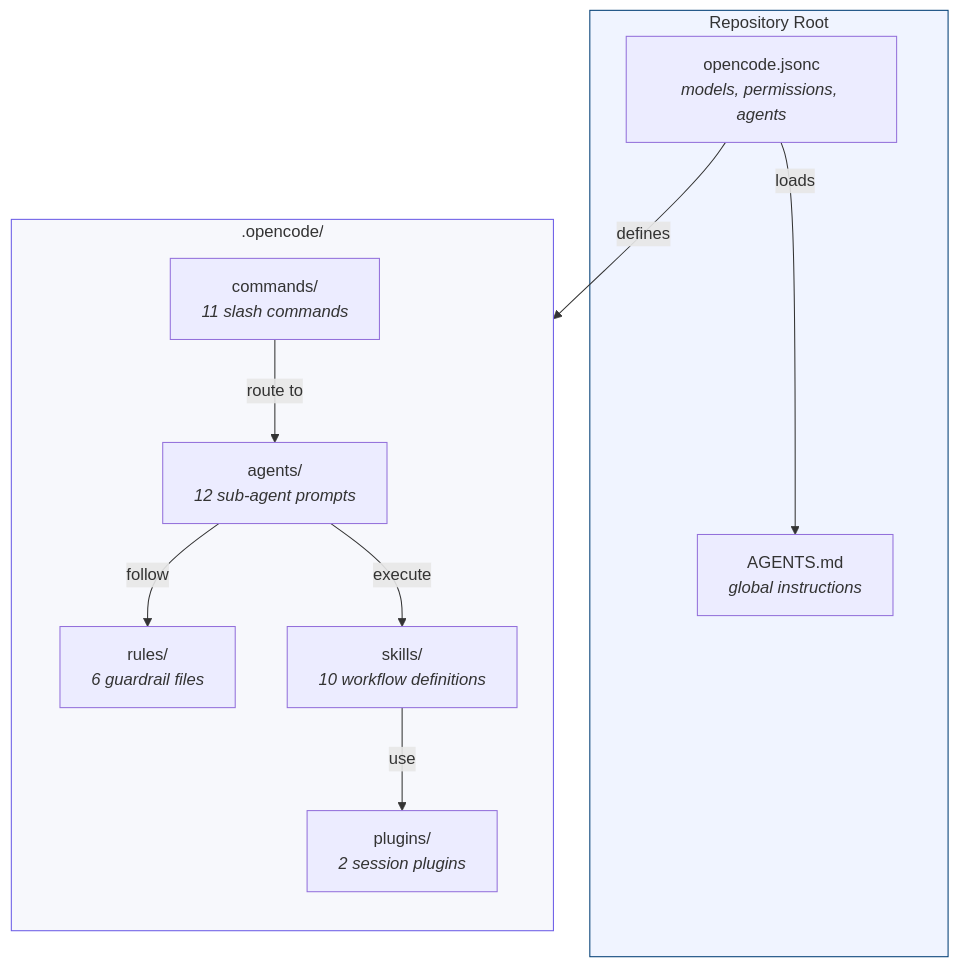
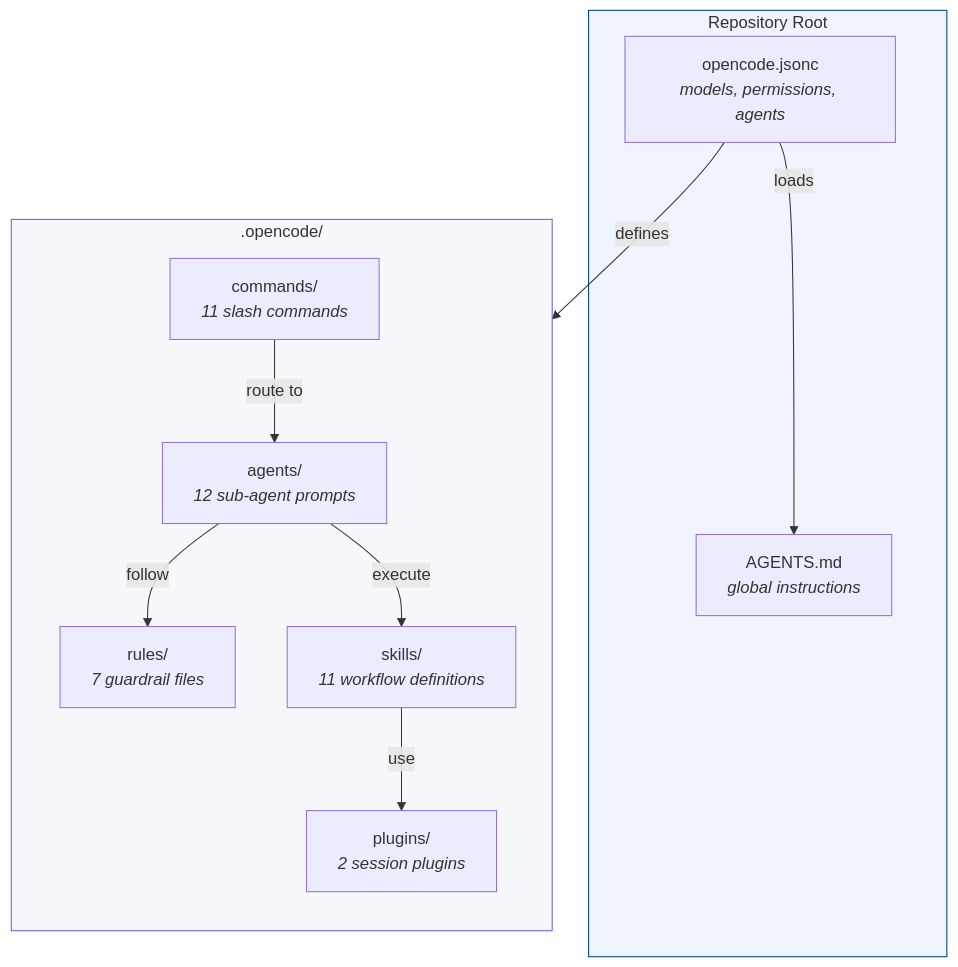
One commit to mock-server/mockserver changed the first of 7 diagrams in docs/operations/opencode-configuration.md. Above: the diagram before and after it, drawn with Mermaid. The commit also changed other lines of this file and 17 other files, not shown here.

````diff
--- a/docs/operations/opencode-configuration.md
+++ b/docs/operations/opencode-configuration.md
@@ -11,26 +11,26 @@
 ```mermaid
 flowchart TB
     subgraph Root["Repository Root"]
         CONFIG["opencode.jsonc<br/><i>models, permissions, agents</i>"]
         AGENTS_MD["AGENTS.md<br/><i>global instructions</i>"]
     end
 
     subgraph Harness[".opencode/"]
         direction TB
         AG["agents/<br/><i>12 sub-agent prompts</i>"]
-        RU["rules/<br/><i>6 guardrail files</i>"]
-        SK["skills/<br/><i>10 workflow definitions</i>"]
+        RU["rules/<br/><i>7 guardrail files</i>"]
+        SK["skills/<br/><i>11 workflow definitions</i>"]
         CM["commands/<br/><i>11 slash commands</i>"]
         PL["plugins/<br/><i>2 session plugins</i>"]
     end
 
     CONFIG -->|"loads"| AGENTS_MD
     CONFIG -->|"defines"| AG
     AG -->|"follow"| RU
     AG -->|"execute"| SK
     CM -->|"route to"| AG
     SK -->|"use"| PL
 
     style Root fill:#f0f4ff,stroke:#003d75
     style Harness fill:#f7f8fc,stroke:#6b5ce7
 ```
````
